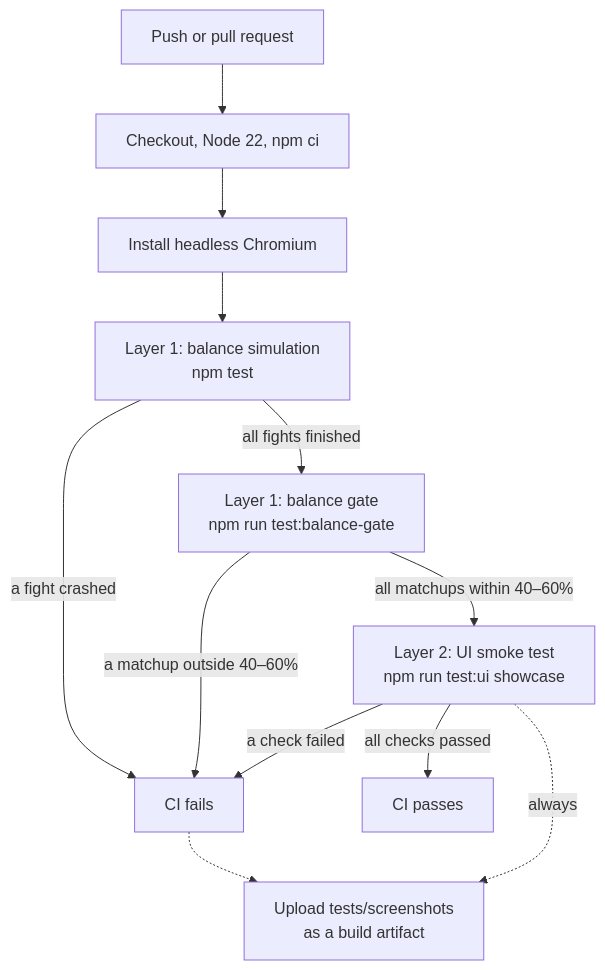
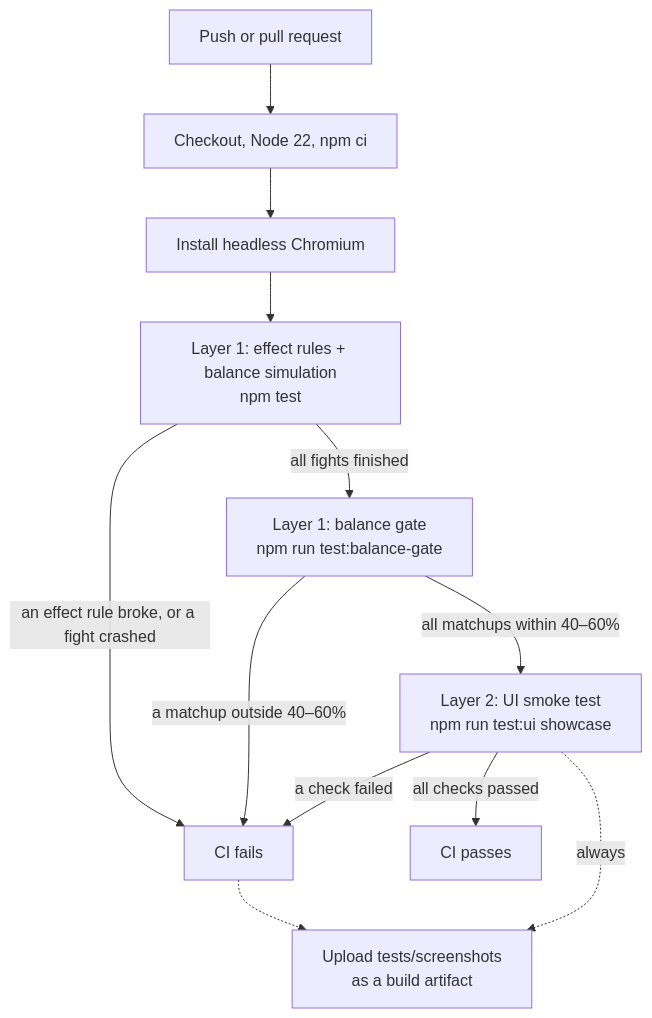
The diagram in TESTING.md (Heaxyle/drake-arena), drawn with Mermaid before and after one commit. The commit also changed other lines of this file and 15 other files, not shown here.

````diff
--- a/TESTING.md
+++ b/TESTING.md
@@ -12,14 +12,14 @@
 ```mermaid
 flowchart TD
     A[Push or pull request] --> B[Checkout, Node 22, npm ci]
     B --> C[Install headless Chromium]
-    C --> D["Layer 1: balance simulation<br/>npm test"]
-    D -->|a fight crashed| X[CI fails]
+    C --> D["Layer 1: effect rules + balance simulation<br/>npm test"]
+    D -->|an effect rule broke, or a fight crashed| X[CI fails]
     D -->|all fights finished| G["Layer 1: balance gate<br/>npm run test:balance-gate"]
     G -->|a matchup outside 40–60%| X
     G -->|all matchups within 40–60%| E["Layer 2: UI smoke test<br/>npm run test:ui showcase"]
     E -->|a check failed| X
     E -->|all checks passed| P[CI passes]
     E -.->|always| S[Upload tests/screenshots<br/>as a build artifact]
     X -.-> S
 ```
````
